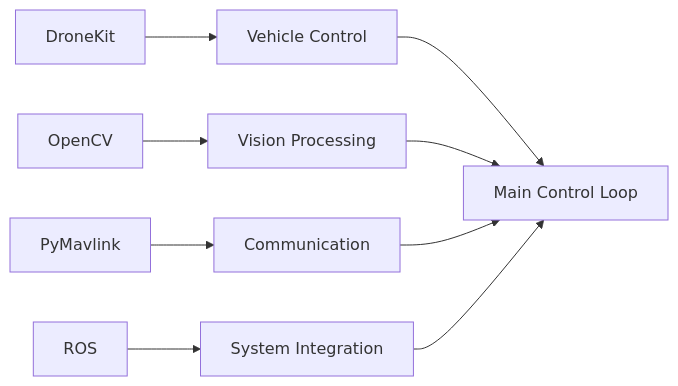
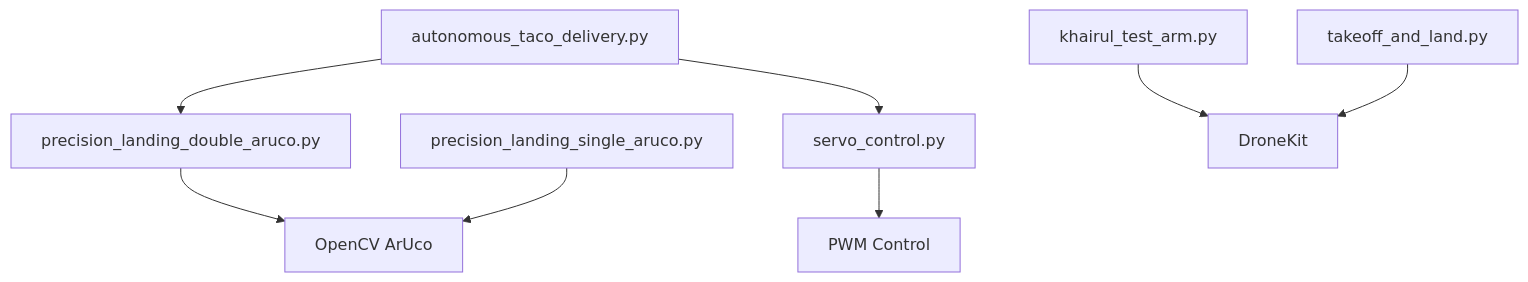
The second of 3 diagrams in README.md (khairul-me/Autonomous-Drone-Delivery-and-Precision-Landing), drawn with Mermaid before and after one commit. The commit also changed other lines of this file, not shown here.

````diff
--- a/README.md
+++ b/README.md
@@ -64,12 +99,10 @@
 ```mermaid
-flowchart LR
-    A[DroneKit] --> B[Vehicle Control]
-    C[OpenCV] --> D[Vision Processing]
-    E[PyMavlink] --> F[Communication]
-    G[ROS] --> H[System Integration]
-    
-    B --> I[Main Control Loop]
-    D --> I
-    F --> I
-    H --> I
+graph TD
+    A[autonomous_taco_delivery.py] --> B[precision_landing_double_aruco.py]
+    A --> C[servo_control.py]
+    B --> D[OpenCV ArUco]
+    C --> E[PWM Control]
+    F[precision_landing_single_aruco.py] --> D
+    G[khairul_test_arm.py] --> H[DroneKit]
+    I[takeoff_and_land.py] --> H
 ```
````
